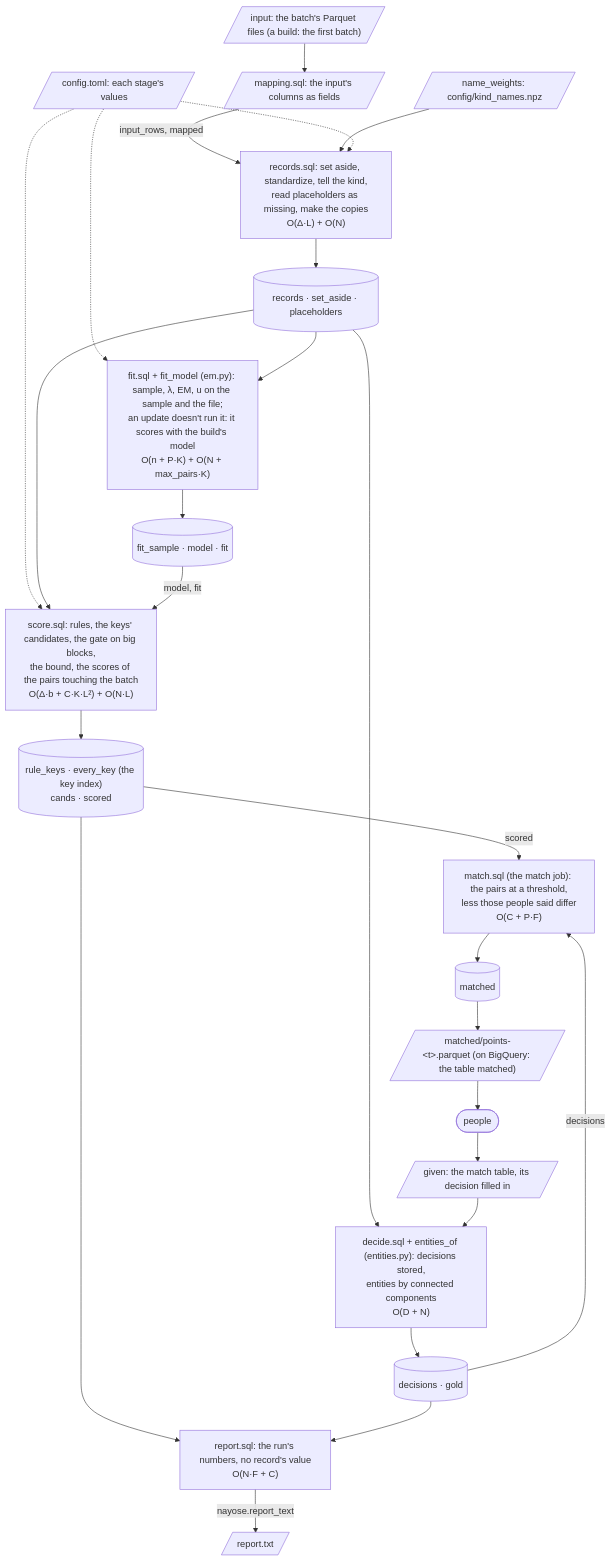
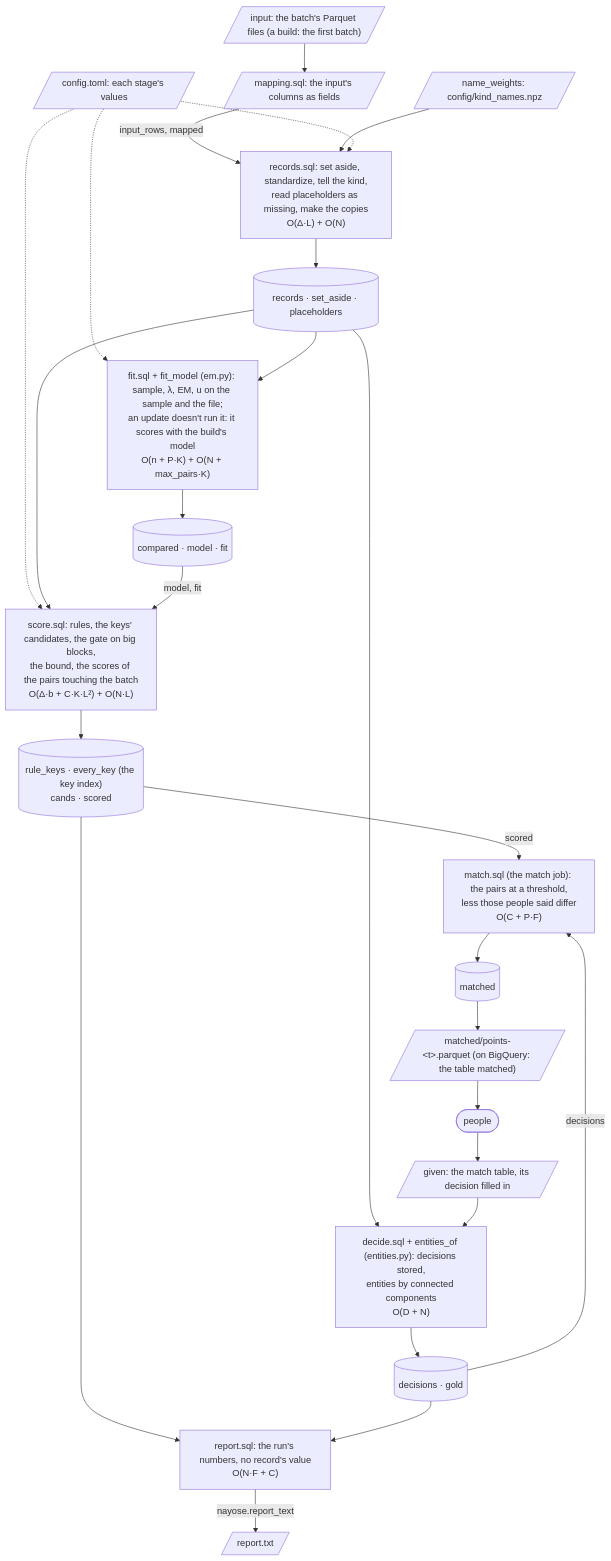
One commit to mvsbm/entity_matching changed the third of 3 diagrams in docs/architecture.md. Above: the diagram before and after it, drawn with Mermaid. The commit also changed other lines of this file and 8 other files, not shown here.

````diff
--- a/docs/architecture.md
+++ b/docs/architecture.md
@@ -110,46 +110,46 @@
 ```mermaid
 flowchart TB
   input[/"input: the batch's Parquet files (a build: the first batch)"/]
   mapping[/"mapping.sql: the input's columns as fields"/]
   values[/"config.toml: each stage's values"/]
   names[/"name_weights: config/kind_names.npz"/]
   records["records.sql: set aside, standardize, tell the kind,<br/>read placeholders as missing, make the copies<br/>O(Δ·L) + O(N)"]
   fit["fit.sql + fit_model (em.py): sample, λ, EM, u on the sample and the file;<br/>an update doesn't run it: it scores with the build's model<br/>O(n + P·K) + O(N + max_pairs·K)"]
   score["score.sql: rules, the keys' candidates, the gate on big blocks,<br/>the bound, the scores of the pairs touching the batch<br/>O(Δ·b + C·K·L²) + O(N·L)"]
   decide["decide.sql + entities_of (entities.py): decisions stored,<br/>entities by connected components<br/>O(D + N)"]
   report["report.sql: the run's numbers, no record's value<br/>O(N·F + C)"]
   match["match.sql (the match job): the pairs at a threshold,<br/>less those people said differ<br/>O(C + P·F)"]
   t_records[("records · set_aside · placeholders")]
-  t_fit[("fit_sample · model · fit")]
+  t_fit[("compared · model · fit")]
   t_score[("rule_keys · every_key (the key index)<br/>cands · scored")]
   t_decide[("decisions · gold")]
   t_matched[("matched")]
   f_report[/"report.txt"/]
   f_matched[/"matched/points-#lt;t#gt;.parquet (on BigQuery: the table matched)"/]
   people(["people"])
   given[/"given: the match table, its decision filled in"/]
   input --> mapping
   mapping -->|"input_rows, mapped"| records
   names --> records
   values -.-> records
   values -.-> fit
   values -.-> score
   records --> t_records
   t_records --> fit
   fit --> t_fit
   t_records --> score
   t_fit -->|"model, fit"| score
   score --> t_score
   t_score --> report
   t_records --> decide
   decide --> t_decide
   t_decide --> report
   report -->|"nayose.report_text"| f_report
   t_score -->|"scored"| match
   t_decide -->|"decisions"| match
   match --> t_matched
   t_matched --> f_matched
   f_matched --> people
   people --> given
   given --> decide
 ```
````
